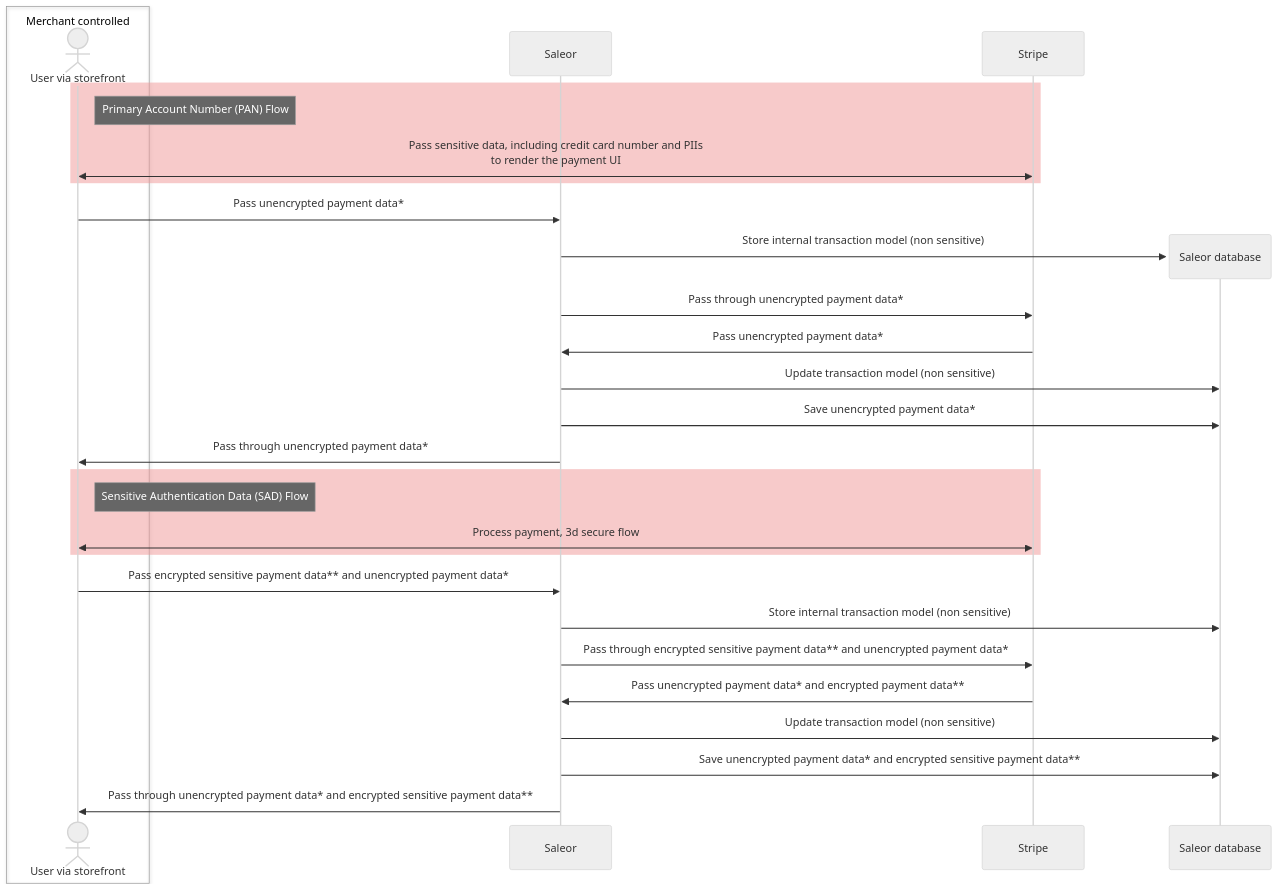
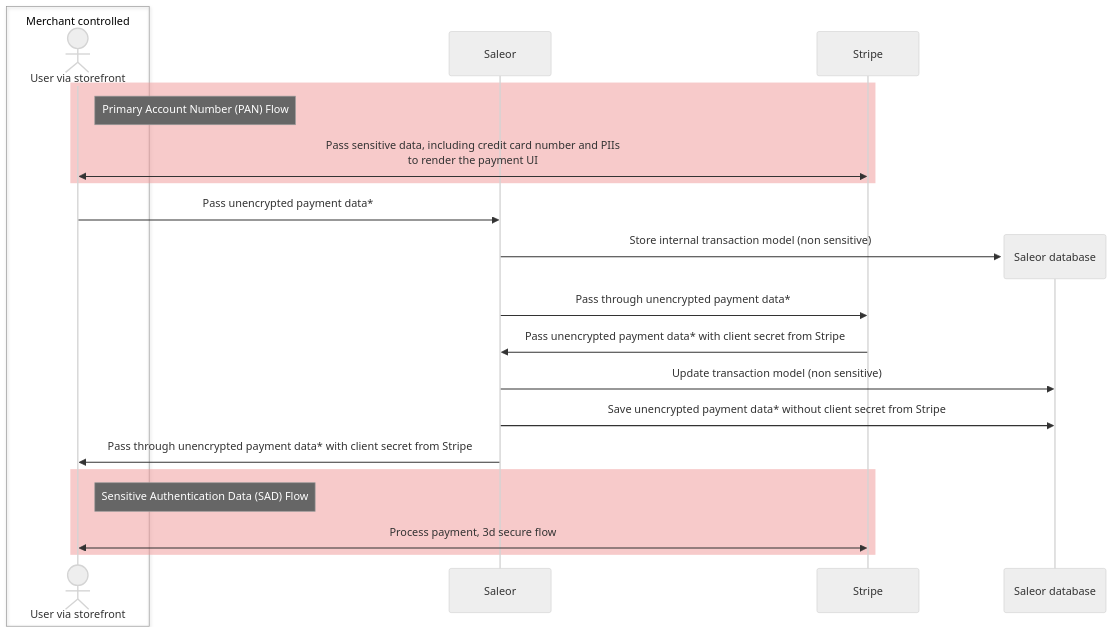
One commit to saleor/saleor-docs changed the third of 3 diagrams in docs/developer/app-store/plugins/stripe.mdx. Above: the diagram before and after it, drawn with Mermaid (neutral theme). The commit also changed other lines of this file, not shown here.

Commit message:
Fix 3ds flow

````diff
--- a/docs/developer/app-store/plugins/stripe.mdx
+++ b/docs/developer/app-store/plugins/stripe.mdx
@@ -424,37 +424,28 @@
 ```mermaid
 sequenceDiagram
     box Merchant controlled
     actor User via storefront
     end
     participant Saleor
     participant Stripe
 
     rect rgba(240,150,150,0.5)
         note right of User via storefront: Primary Account Number (PAN) Flow
         User via storefront <<->> Stripe: Pass sensitive data, including credit card number and PIIs<br/>to render the payment UI
     end
 
     User via storefront ->> Saleor: Pass unencrypted payment data*
     create participant Saleor database
     Saleor ->> Saleor database: Store internal transaction model (non sensitive)
     Saleor ->> Stripe: Pass through unencrypted payment data*
 
-    Stripe ->> Saleor: Pass unencrypted payment data*
+    Stripe ->> Saleor: Pass unencrypted payment data* with client secret from Stripe
     Saleor ->> Saleor database: Update transaction model (non sensitive)
-    Saleor ->> Saleor database: Save unencrypted payment data*
-    Saleor ->> User via storefront: Pass through unencrypted payment data*
+    Saleor ->> Saleor database: Save unencrypted payment data* without client secret from Stripe
+    Saleor ->> User via storefront: Pass through unencrypted payment data* with client secret from Stripe
 
     rect rgba(240,150,150,0.5)
         note right of User via storefront: Sensitive Authentication Data (SAD) Flow
         User via storefront <<->> Stripe: Process payment, 3d secure flow
     end
-
-    User via storefront ->> Saleor: Pass encrypted sensitive payment data** and unencrypted payment data*
-    Saleor ->> Saleor database: Store internal transaction model (non sensitive)
-    Saleor ->> Stripe: Pass through encrypted sensitive payment data**  and unencrypted payment data*
-
-    Stripe ->> Saleor: Pass unencrypted payment data* and encrypted payment data**
-    Saleor ->> Saleor database: Update transaction model (non sensitive)
-    Saleor ->> Saleor database: Save unencrypted payment data* and encrypted sensitive payment data**
-    Saleor ->> User via storefront: Pass through unencrypted payment data* and encrypted sensitive payment data** 
   ```
````
